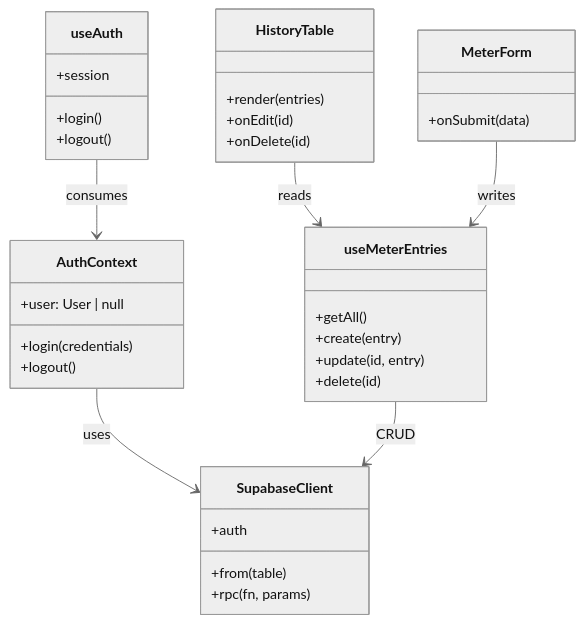
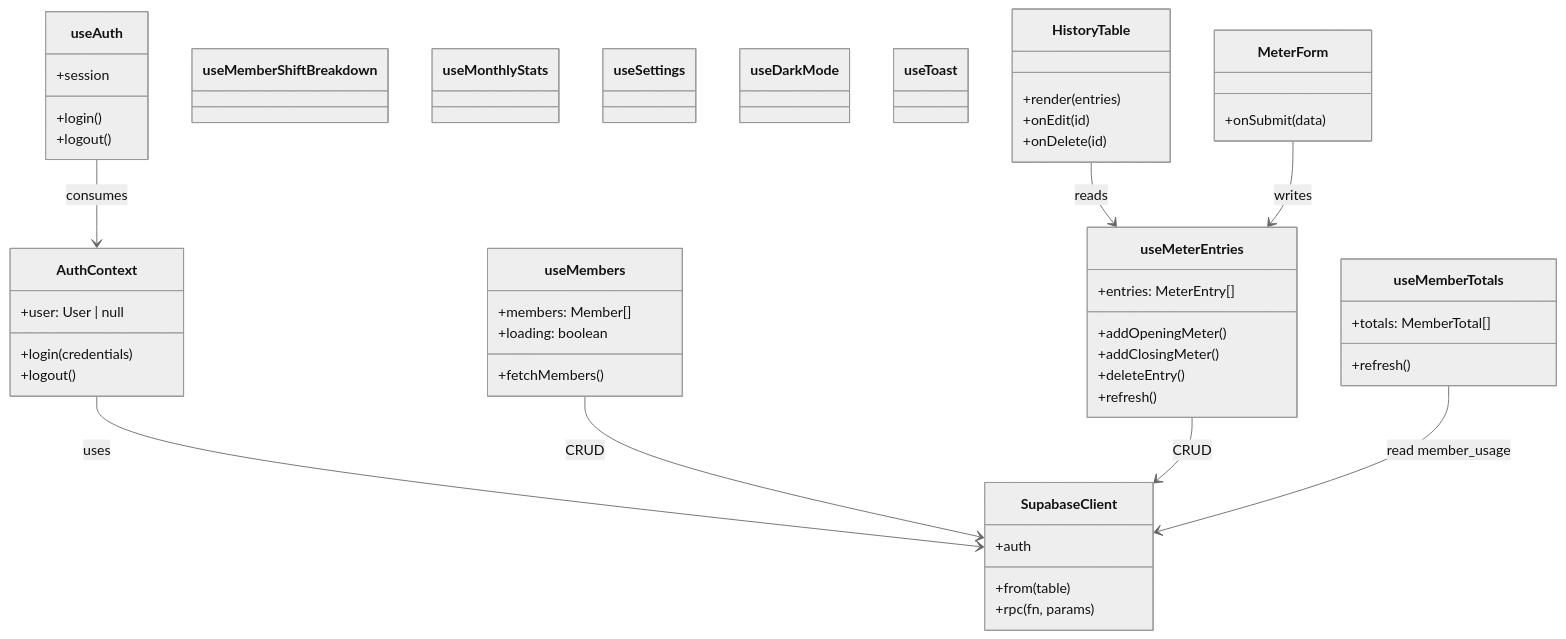
Before and after one commit to foodikoservice-alt/voltshare: the second of 3 diagrams in CLAUDE.md, drawn with Mermaid (neutral theme). The commit also changed other lines of this file, not shown here.

````diff
--- a/CLAUDE.md
+++ b/CLAUDE.md
@@ -87,37 +98,54 @@
 ```mermaid
 classDiagram
     class AuthContext {
         +user: User | null
         +login(credentials)
         +logout()
     }
     class SupabaseClient {
         +from(table)
         +rpc(fn, params)
         +auth
     }
     class useAuth {
         +login()
         +logout()
         +session
     }
+    class useMembers {
+        +members: Member[]
+        +loading: boolean
+        +fetchMembers()
+    }
     class useMeterEntries {
-        +getAll()
-        +create(entry)
-        +update(id, entry)
-        +delete(id)
+        +entries: MeterEntry[]
+        +addOpeningMeter()
+        +addClosingMeter()
+        +deleteEntry()
+        +refresh()
     }
+    class useMemberTotals {
+        +totals: MemberTotal[]
+        +refresh()
+    }
+    class useMemberShiftBreakdown { }
+    class useMonthlyStats { }
+    class useSettings { }
+    class useDarkMode { }
+    class useToast { }
     class HistoryTable {
         +render(entries)
         +onEdit(id)
         +onDelete(id)
     }
     class MeterForm {
         +onSubmit(data)
     }
     AuthContext --> SupabaseClient : uses
     useAuth --> AuthContext : consumes
+    useMembers --> SupabaseClient : CRUD
     useMeterEntries --> SupabaseClient : CRUD
+    useMemberTotals --> SupabaseClient : read member_usage
     HistoryTable --> useMeterEntries : reads
     MeterForm --> useMeterEntries : writes
 ```
````
